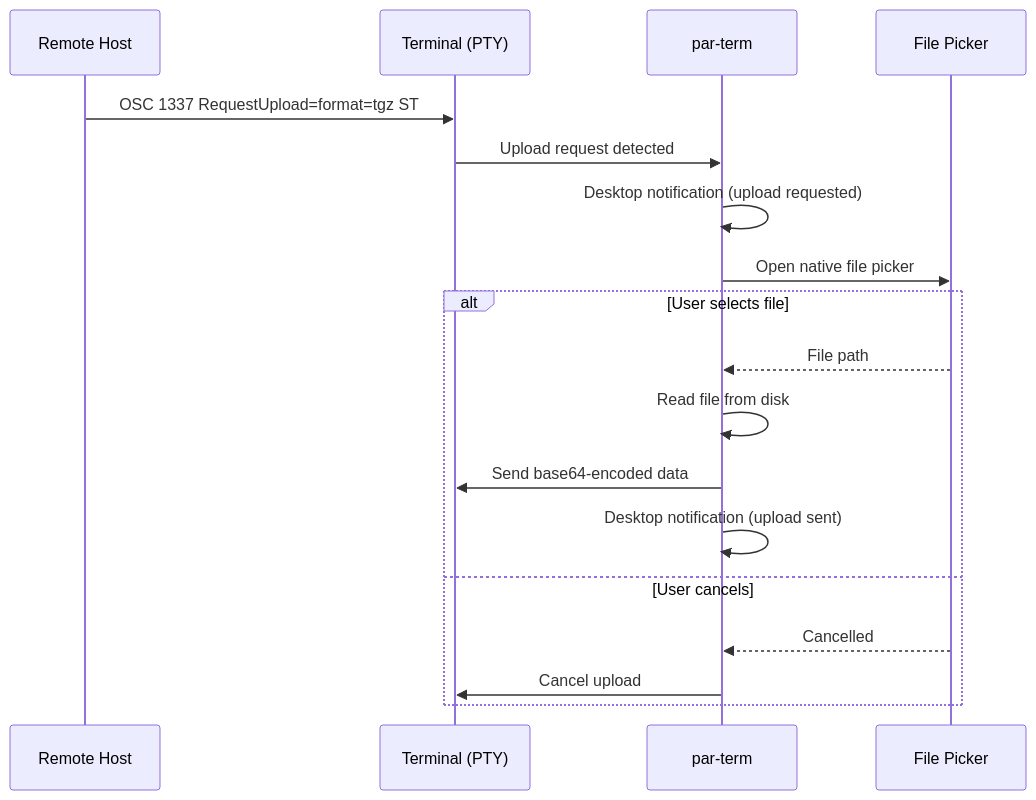
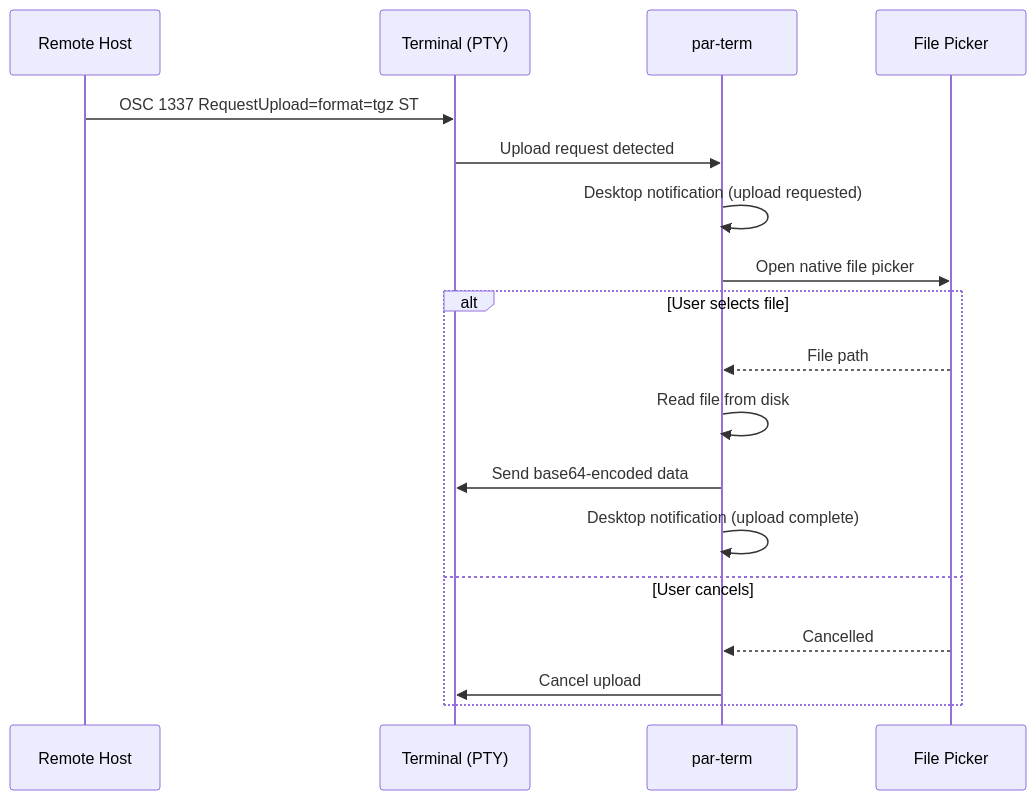
The third of 3 diagrams in docs/features/FILE_TRANSFERS.md (paulrobello/par-term), drawn with Mermaid before and after one commit. The commit also changed other lines of this file and 39 other files, not shown here.

````diff
--- a/docs/features/FILE_TRANSFERS.md
+++ b/docs/features/FILE_TRANSFERS.md
@@ -138,21 +139,21 @@
 ```mermaid
 sequenceDiagram
     participant R as Remote Host
     participant T as Terminal (PTY)
     participant P as par-term
     participant F as File Picker
 
     R->>T: OSC 1337 RequestUpload=format=tgz ST
     T->>P: Upload request detected
     P->>P: Desktop notification (upload requested)
     P->>F: Open native file picker
     alt User selects file
         F-->>P: File path
         P->>P: Read file from disk
         P->>T: Send base64-encoded data
-        P->>P: Desktop notification (upload sent)
+        P->>P: Desktop notification (upload complete)
     else User cancels
         F-->>P: Cancelled
         P->>T: Cancel upload
     end
 ```
````
